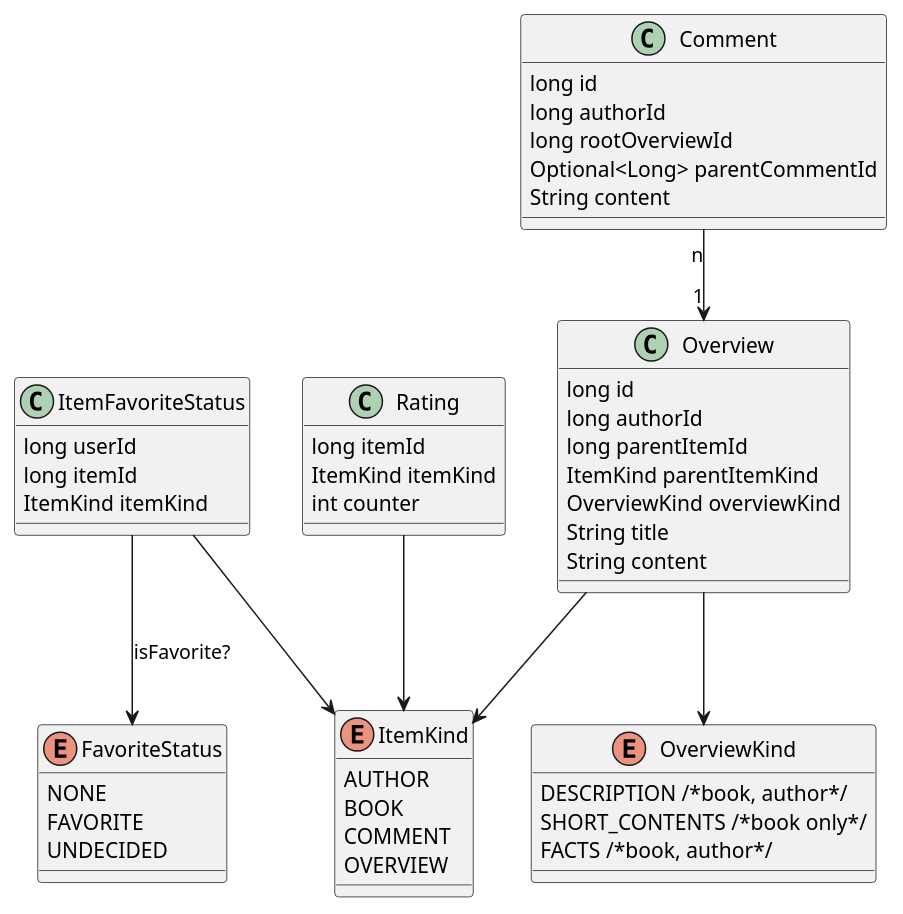
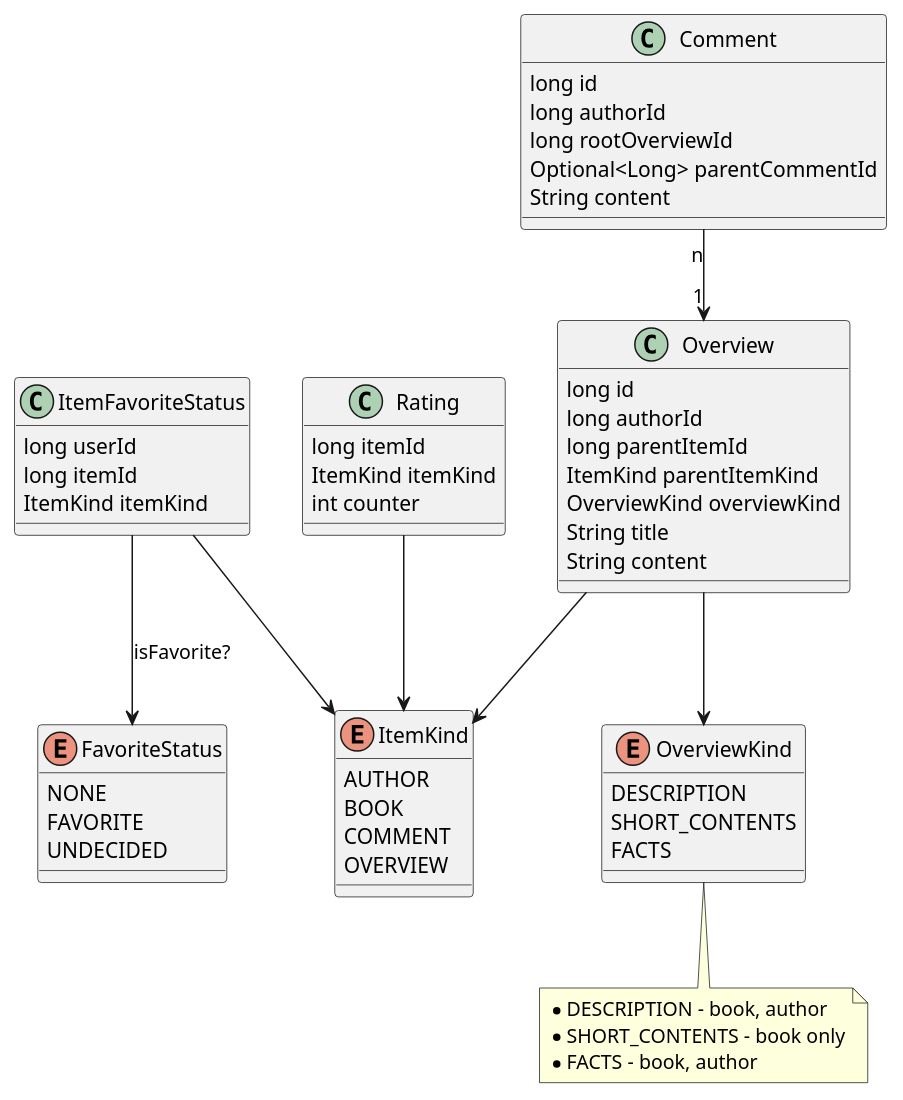
The diagram in arch/cd-p13n-domain.puml (avshabanov/booklib), drawn with PlantUML before and after one commit. The commit also changed 22 other files, not shown here.

```diff
--- a/arch/cd-p13n-domain.puml
+++ b/arch/cd-p13n-domain.puml
@@ -1,62 +1,68 @@
 @startuml
 
 enum FavoriteStatus {
   NONE
   FAVORITE
   UNDECIDED
 }
 
 enum ItemKind {
   AUTHOR
   BOOK
   COMMENT
   OVERVIEW
 }
 
 class ItemFavoriteStatus {
   long userId
   long itemId
   ItemKind itemKind
 }
 
 ItemFavoriteStatus --> FavoriteStatus : isFavorite?
 ItemFavoriteStatus --> ItemKind
 
 enum OverviewKind {
-  DESCRIPTION /*book, author*/
-  SHORT_CONTENTS /*book only*/
-  FACTS /*book, author*/
+  DESCRIPTION
+  SHORT_CONTENTS
+  FACTS
 }
+
+note bottom of OverviewKind
+  * DESCRIPTION - book, author
+  * SHORT_CONTENTS - book only
+  * FACTS - book, author
+end note
 
 class Overview {
   long id
   long authorId
   long parentItemId
   ItemKind parentItemKind
   OverviewKind overviewKind
   String title
   String content
 }
 
 Overview --> ItemKind
 Overview --> OverviewKind
 
 class Comment {
   long id
   long authorId
   long rootOverviewId
   Optional<Long> parentCommentId
   String content
 }
 
 Comment "n" --> "1" Overview
 
 class Rating {
   long itemId
   ItemKind itemKind
   int counter
 }
 
 Rating --> ItemKind
 
 @enduml
```
